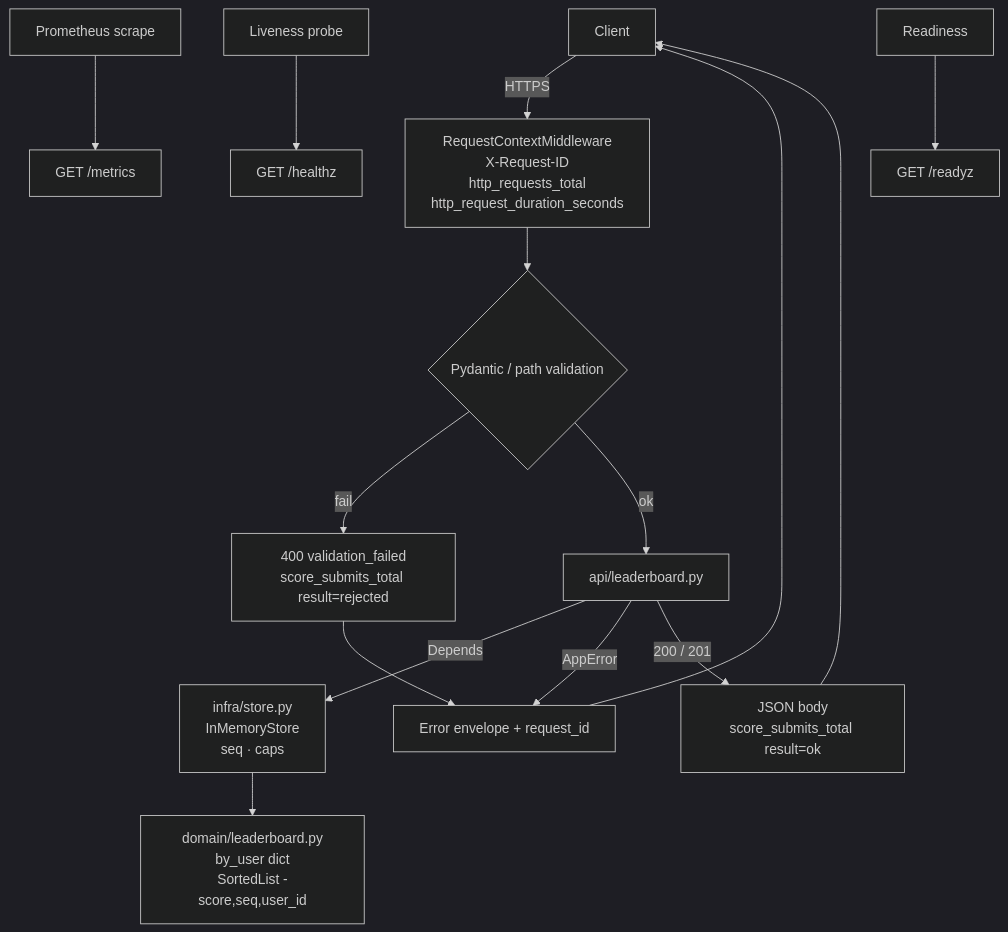
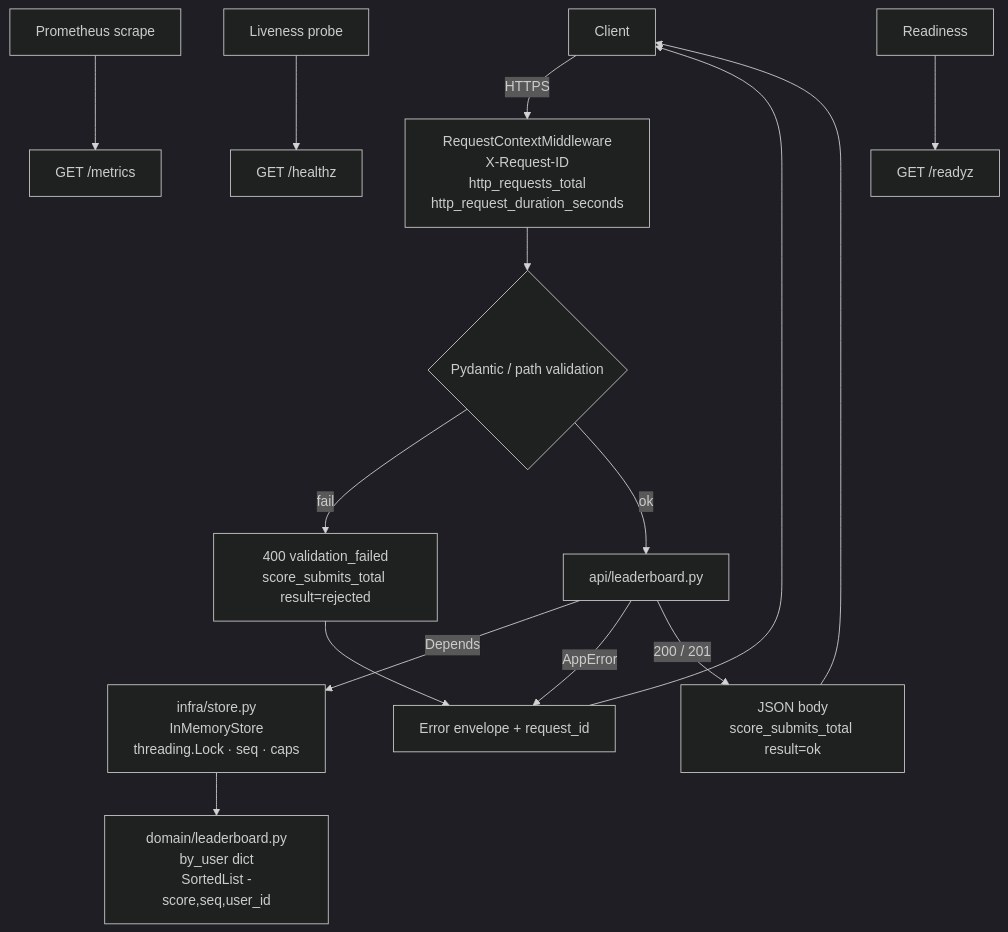
Before and after one commit to hemkarG10/leaderboard: the diagram in docs/architecture.md, drawn with Mermaid (dark theme). The commit also changed other lines of this file and 11 other files, not shown here.

First line of the commit message:
refactor(store): implement threading lock for concurrent access and update settings

````diff
--- a/docs/architecture.md
+++ b/docs/architecture.md
@@ -8,17 +8,17 @@
 ```mermaid
 flowchart TD
     C[Client] -->|HTTPS| MW[RequestContextMiddleware<br/>X-Request-ID<br/>http_requests_total<br/>http_request_duration_seconds]
     MW --> V{Pydantic / path validation}
     V -->|fail| REJ[400 validation_failed<br/>score_submits_total result=rejected]
     REJ --> ENV[Error envelope + request_id]
     ENV --> C
     V -->|ok| R[api/leaderboard.py]
-    R -->|Depends| S[infra/store.py<br/>InMemoryStore<br/>seq · caps]
+    R -->|Depends| S[infra/store.py<br/>InMemoryStore<br/>threading.Lock · seq · caps]
     S --> D[domain/leaderboard.py<br/>by_user dict<br/>SortedList -score,seq,user_id]
     R -->|AppError| ENV
     R -->|200 / 201| OK[JSON body<br/>score_submits_total result=ok]
     OK --> C
     P[Prometheus scrape] --> M["GET /metrics"]
     L[Liveness probe] --> H["GET /healthz"]
     RD[Readiness] --> RY["GET /readyz"]
 ```
````
